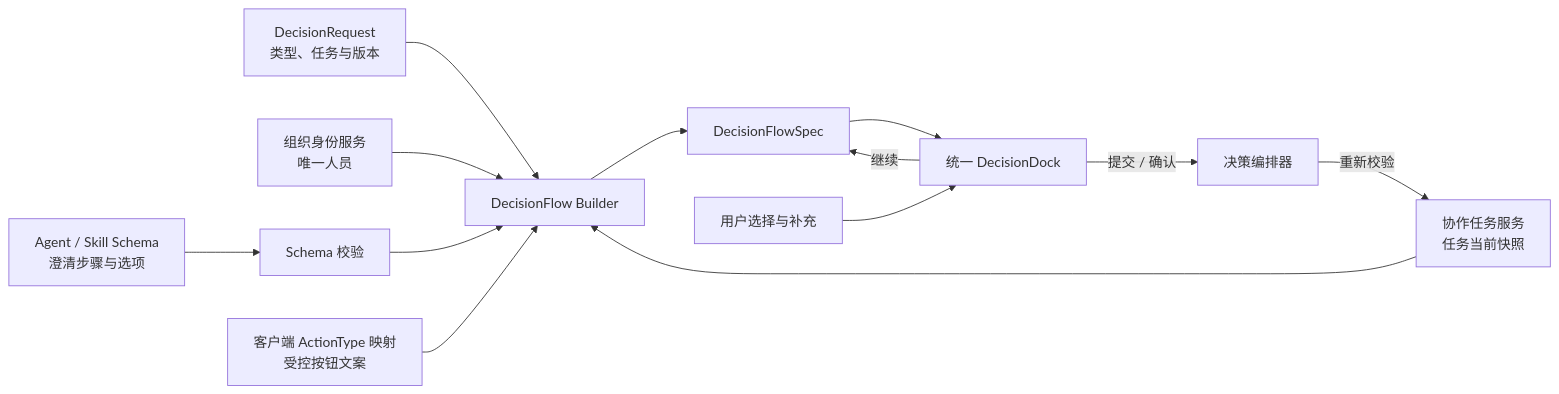
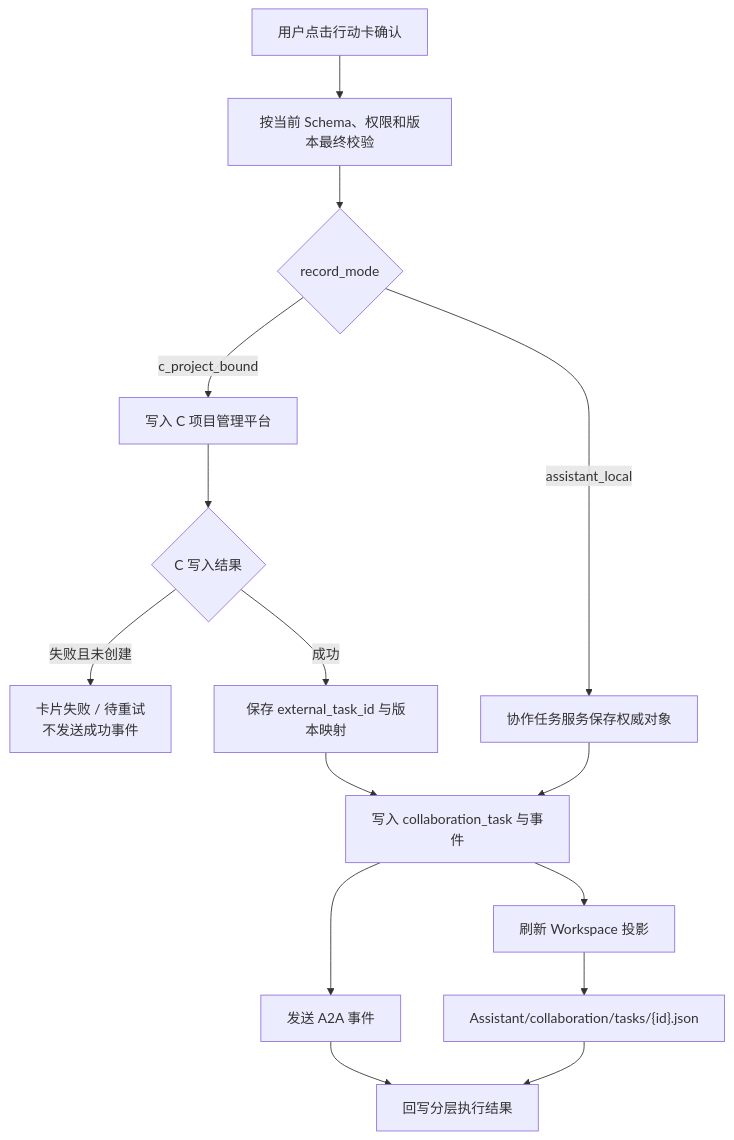
Before and after one commit to ueishinbo/SFZN-AI: the fifth of 6 diagrams in docs/PRD-A2A用户决策与确认机制.md, drawn with Mermaid. The commit also changed other lines of this file and 22 other files, not shown here.

````diff
--- a/docs/PRD-A2A用户决策与确认机制.md
+++ b/docs/PRD-A2A用户决策与确认机制.md
@@ -351,16 +570,21 @@
 ```mermaid
-flowchart LR
-    Request["DecisionRequest<br/>类型、任务与版本"] --> Builder["DecisionFlow Builder"]
-    Task["协作任务服务<br/>任务当前快照"] --> Builder
-    Org["组织身份服务<br/>唯一人员"] --> Builder
-    Schema["Agent / Skill Schema<br/>澄清步骤与选项"] --> Validator["Schema 校验"]
-    Validator --> Builder
-    ActionMap["客户端 ActionType 映射<br/>受控按钮文案"] --> Builder
+flowchart TD
+    Confirm["用户点击行动卡确认"] --> Validate["按当前 Schema、权限和版本最终校验"]
+    Validate --> Mode{"record_mode"}
 
-    Builder --> Spec["DecisionFlowSpec"]
-    Spec --> Dock["统一 DecisionDock"]
-    User["用户选择与补充"] --> Dock
-    Dock -->|"继续"| Spec
-    Dock -->|"提交 / 确认"| Orchestrator["决策编排器"]
-    Orchestrator -->|"重新校验"| Task
+    Mode -->|"c_project_bound"| WriteC["写入 C 项目管理平台"]
+    WriteC --> CResult{"C 写入结果"}
+    CResult -->|"失败且未创建"| Fail["卡片失败 / 待重试<br/>不发送成功事件"]
+    CResult -->|"成功"| Mapping["保存 external_task_id 与版本映射"]
+
+    Mode -->|"assistant_local"| Local["协作任务服务保存权威对象"]
+
+    Mapping --> Collaboration["写入 collaboration_task 与事件"]
+    Local --> Collaboration
+    Collaboration --> A2A["发送 A2A 事件"]
+    Collaboration --> Projection["刷新 Workspace 投影"]
+    Projection --> File["Assistant/collaboration/tasks/{id}.json"]
+
+    A2A --> Result["回写分层执行结果"]
+    File --> Result
 ```
````
